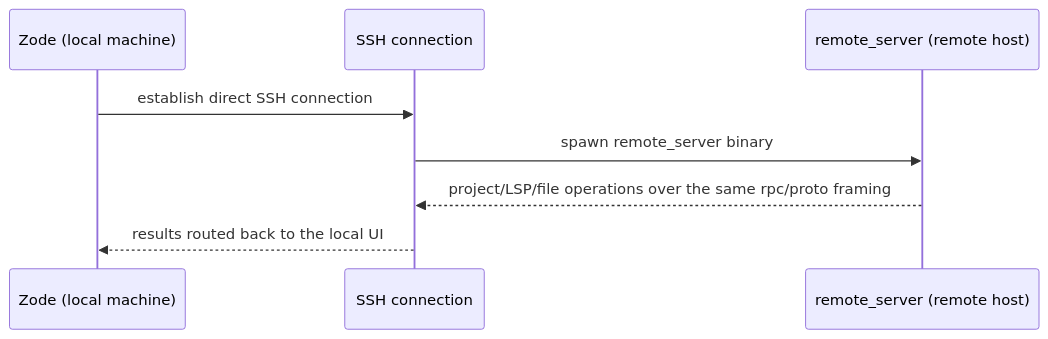
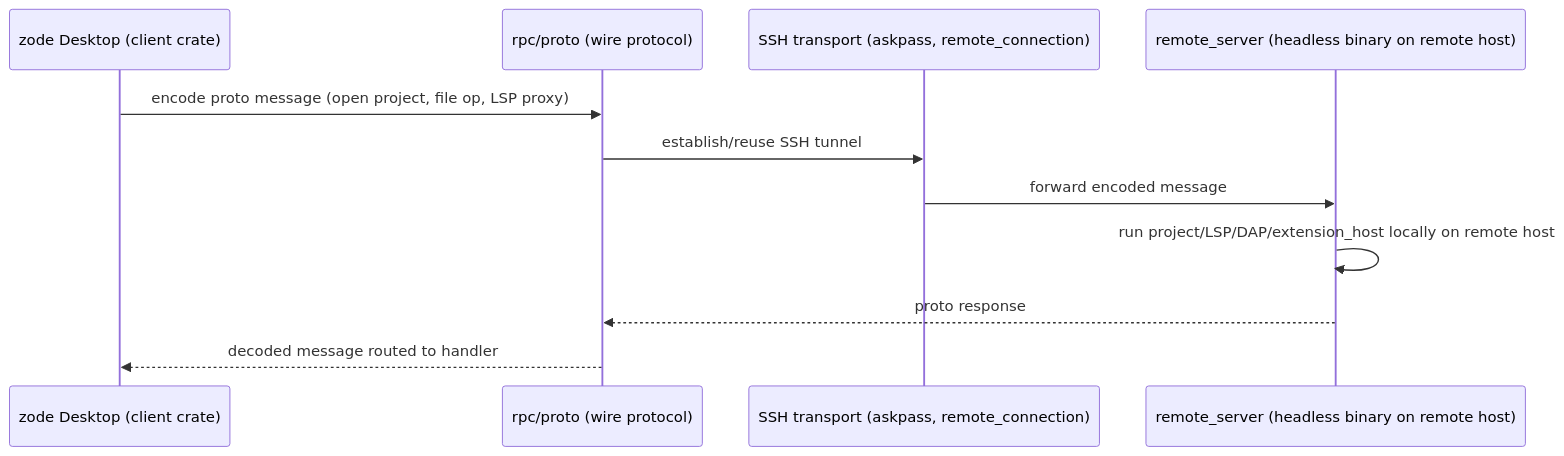
Before and after one commit to tgiap04/zode: the third of 3 diagrams in docs/system/architecture.md, drawn with Mermaid. The commit also changed other lines of this file and 13 other files, not shown here.

````diff
--- a/docs/system/architecture.md
+++ b/docs/system/architecture.md
@@ -152,11 +197,14 @@
 ```mermaid
 sequenceDiagram
-    participant Local as Zode (local machine)
-    participant SSH as SSH connection
-    participant Remote as remote_server (remote host)
+    participant Desktop as zode Desktop (client crate)
+    participant RPC as rpc/proto (wire protocol)
+    participant SSH as SSH transport (askpass, remote_connection)
+    participant Server as remote_server (headless binary on remote host)
 
-    Local->>SSH: establish direct SSH connection
-    SSH->>Remote: spawn remote_server binary
-    Remote-->>SSH: project/LSP/file operations over the same rpc/proto framing
-    SSH-->>Local: results routed back to the local UI
+    Desktop->>RPC: encode proto message (open project, file op, LSP proxy)
+    RPC->>SSH: establish/reuse SSH tunnel
+    SSH->>Server: forward encoded message
+    Server->>Server: run project/LSP/DAP/extension_host locally on remote host
+    Server-->>RPC: proto response
+    RPC-->>Desktop: decoded message routed to handler
 ```
````
